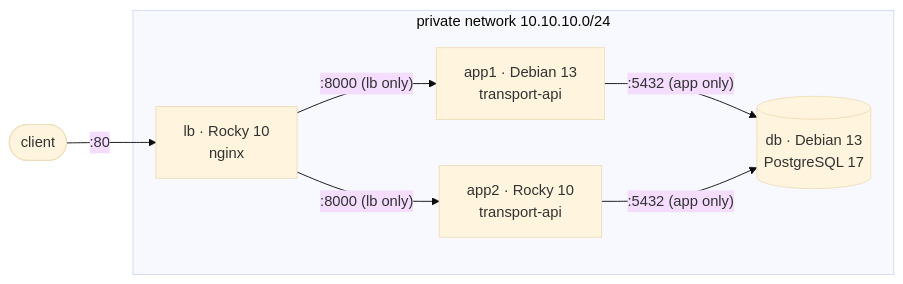
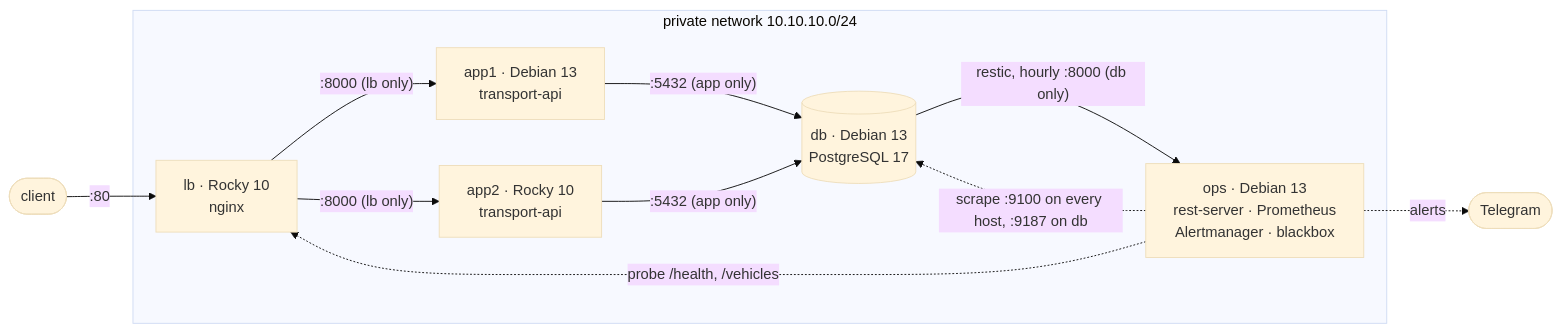
Before and after one commit to DYyyyDYyy/ansible-infra: the first of 2 diagrams in README.md, drawn with Mermaid (base theme). The commit also changed other lines of this file, not shown here.

First line of the commit message:
docs: README for the five-host stack with backups and monitoring

````diff
--- a/README.md
+++ b/README.md
@@ -32,14 +44,19 @@
 ```mermaid
 flowchart LR
     client([client]) -->|":80"| lb
     subgraph private["private network 10.10.10.0/24"]
         lb["lb · Rocky 10<br/>nginx"]
         app1["app1 · Debian 13<br/>transport-api"]
         app2["app2 · Rocky 10<br/>transport-api"]
         db[("db · Debian 13<br/>PostgreSQL 17")]
+        ops["ops · Debian 13<br/>rest-server · Prometheus<br/>Alertmanager · blackbox"]
         lb -->|":8000 (lb only)"| app1
         lb -->|":8000 (lb only)"| app2
         app1 -->|":5432 (app only)"| db
         app2 -->|":5432 (app only)"| db
+        db -->|"restic, hourly :8000 (db only)"| ops
+        ops -.->|"scrape :9100 on every host, :9187 on db"| db
+        ops -.->|"probe /health, /vehicles"| lb
     end
+    ops -.->|alerts| telegram([Telegram])
 ```
````
